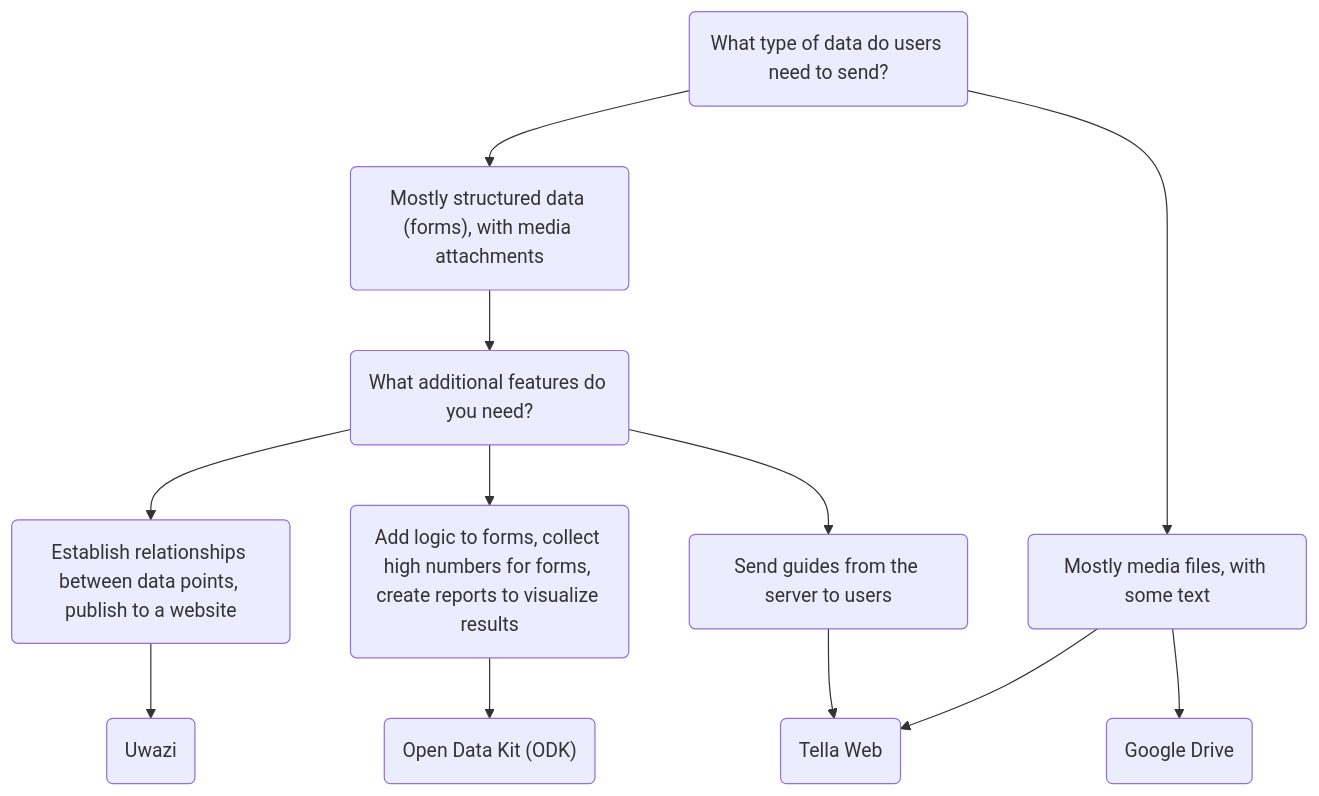
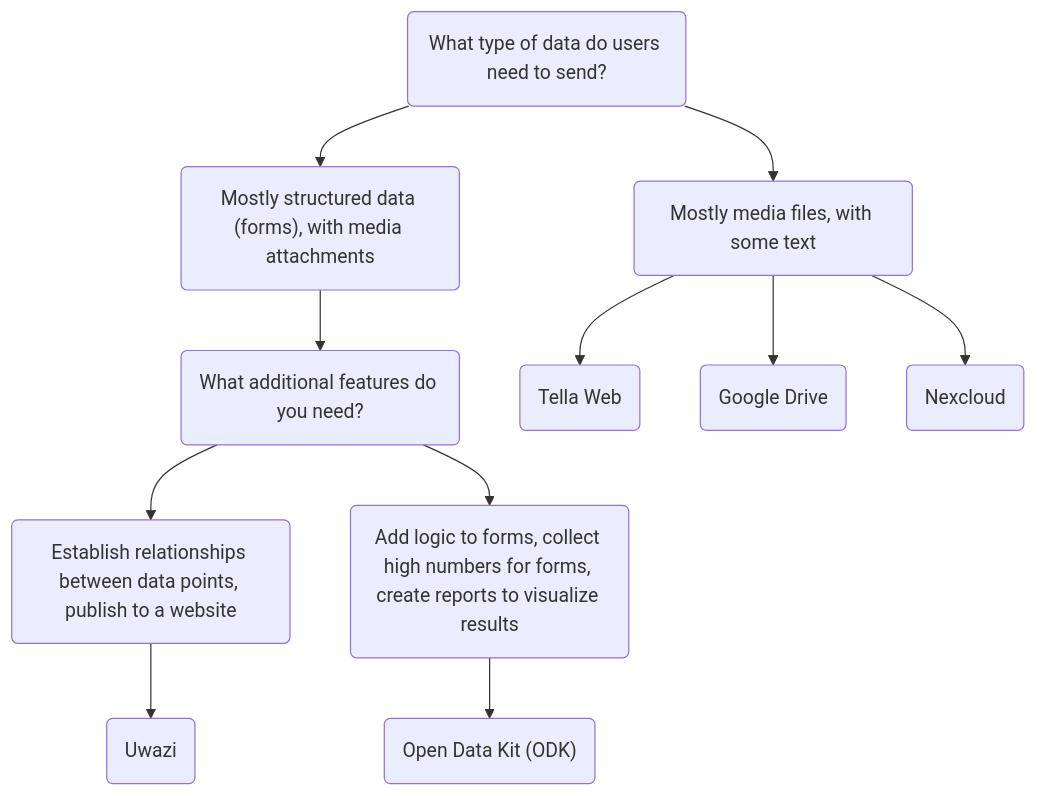
Before and after one commit to Horizontal-org/Tella-website: the diagram in docs/For organizations/overview.md, drawn with Mermaid. The commit also changed other lines of this file and 14 other files, not shown here.

````diff
--- a/docs/For organizations/overview.md
+++ b/docs/For organizations/overview.md
@@ -29,14 +32,13 @@
 ```mermaid
 graph TD;
     id1(What type of data do users need to send?) --> id2("Mostly structured data (forms), with media attachments");
     id1 --> id3("Mostly media files, with some text") ;
     id2 --> id4("What additional features do you need?");
     id3 --> id5("Tella Web");
     id3 --> id11("Google Drive");
+    id3 --> id12("Nexcloud");
     id4 --> id6("Establish relationships between data points, publish to a website")
     id4 --> id7("Add logic to forms, collect high numbers for forms, create reports to visualize results")
-    id4 --> id10("Send guides from the server to users")
     id6 --> id8("Uwazi")
     id7 --> id9("Open Data Kit (ODK)")
-    id10 -->id5
 ```
````
